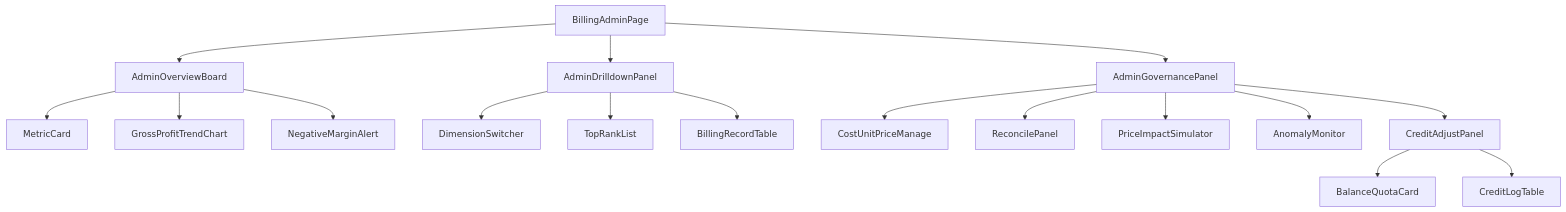
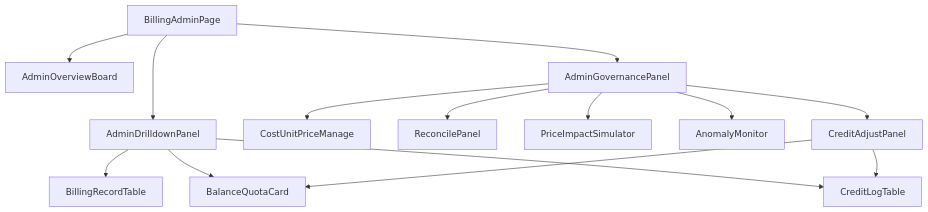
Before and after one commit to earthy-zinc/dehaze-system: the diagram in dehaze-doc/docs/03-模块设计/基础模块/AI计费管理/前端实现-管理端.md, drawn with Mermaid. The commit also changed other lines of this file and 694 other files, not shown here.

````diff
--- a/dehaze-doc/docs/03-模块设计/基础模块/AI计费管理/前端实现-管理端.md
+++ b/dehaze-doc/docs/03-模块设计/基础模块/AI计费管理/前端实现-管理端.md
@@ -13,19 +15,16 @@
 ```mermaid
 flowchart TD
     BillingAdminPage --> AdminOverviewBoard
     BillingAdminPage --> AdminDrilldownPanel
     BillingAdminPage --> AdminGovernancePanel
-    AdminOverviewBoard --> MetricCard
-    AdminOverviewBoard --> GrossProfitTrendChart
-    AdminOverviewBoard --> NegativeMarginAlert
-    AdminDrilldownPanel --> DimensionSwitcher
-    AdminDrilldownPanel --> TopRankList
     AdminDrilldownPanel --> BillingRecordTable
+    AdminDrilldownPanel --> BalanceQuotaCard
+    AdminDrilldownPanel --> CreditLogTable
     AdminGovernancePanel --> CostUnitPriceManage
     AdminGovernancePanel --> ReconcilePanel
     AdminGovernancePanel --> PriceImpactSimulator
     AdminGovernancePanel --> AnomalyMonitor
     AdminGovernancePanel --> CreditAdjustPanel
     CreditAdjustPanel --> BalanceQuotaCard
     CreditAdjustPanel --> CreditLogTable
 ```
````
